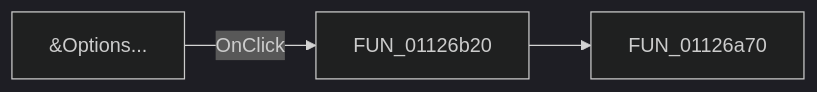
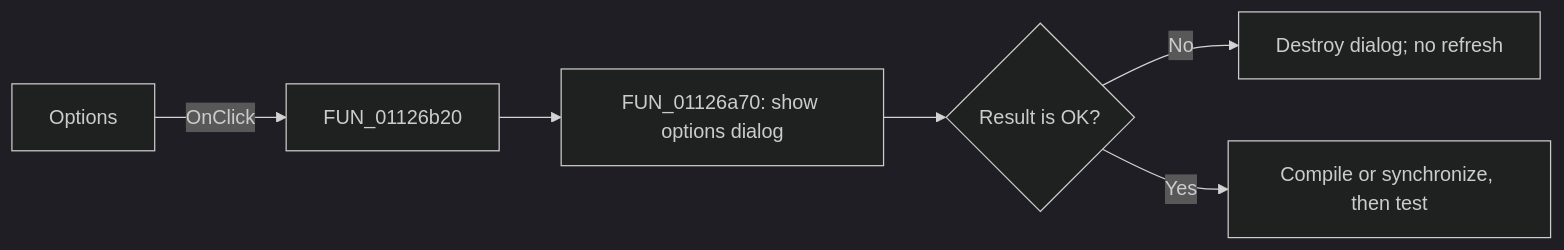
Before and after one commit to MovGP0/TIARA: the diagram in docs/ui-controls/signaleditordlg/pmioptions-c6dfc4783c.md, drawn with Mermaid (dark theme). The commit also changed other lines of this file and 1062 other files, not shown here.

````diff
--- a/docs/ui-controls/signaleditordlg/pmioptions-c6dfc4783c.md
+++ b/docs/ui-controls/signaleditordlg/pmioptions-c6dfc4783c.md
@@ -27,5 +32,8 @@
 ```mermaid
 flowchart LR
-    control["&Options..."] -->|OnClick| handler["FUN_01126b20"]
-    handler --> call1["FUN_01126a70"]
+    control["Options"] -->|"OnClick"| handler["FUN_01126b20"]
+    handler --> options["FUN_01126a70: show options dialog"]
+    options --> accepted{"Result is OK?"}
+    accepted -->|"No"| unchanged["Destroy dialog; no refresh"]
+    accepted -->|"Yes"| refresh["Compile or synchronize, then test"]
 ```
````
